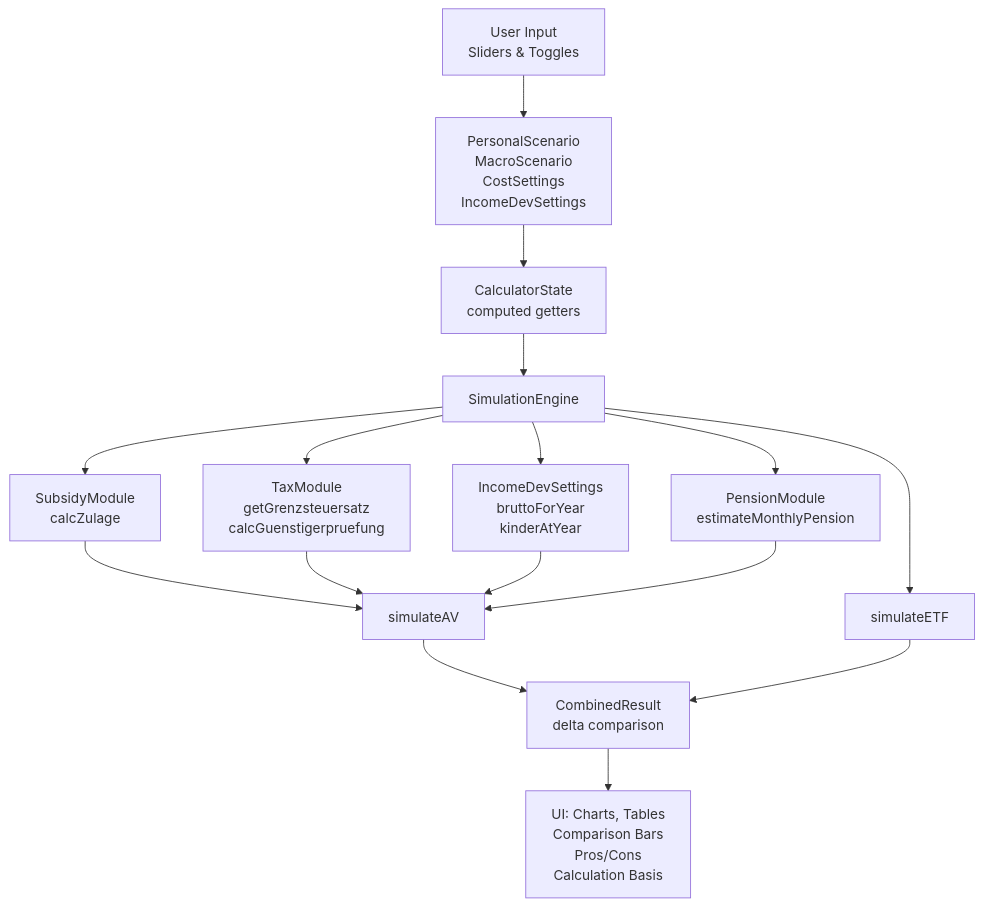
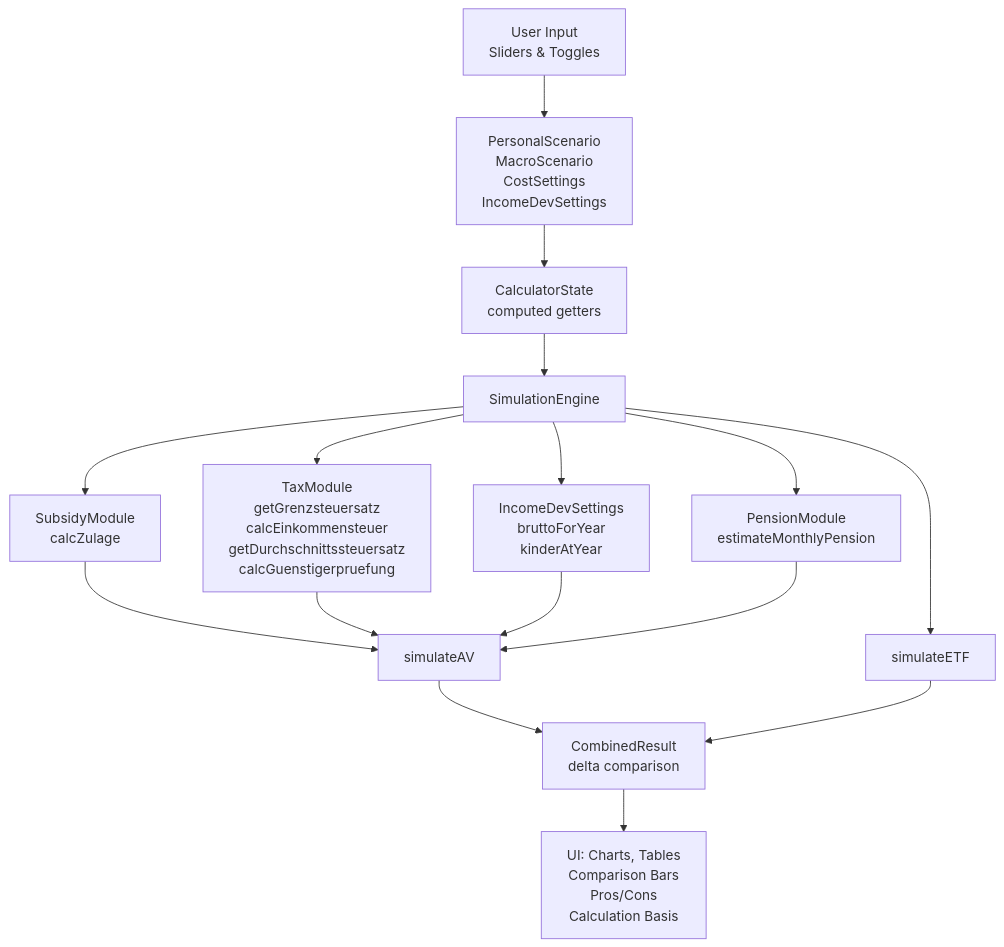
Before and after one commit to chraig/de_altersvorsorge_depot: the first of 4 diagrams in docs/CALCULATION_MAP.md, drawn with Mermaid. The commit also changed other lines of this file and 15 other files, not shown here.

````diff
--- a/docs/CALCULATION_MAP.md
+++ b/docs/CALCULATION_MAP.md
@@ -7,18 +7,18 @@
 ```mermaid
 flowchart TD
     A[User Input<br/>Sliders & Toggles] --> B[PersonalScenario<br/>MacroScenario<br/>CostSettings<br/>IncomeDevSettings]
     B --> C[CalculatorState<br/>computed getters]
     C --> D[SimulationEngine]
     D --> E[SubsidyModule<br/>calcZulage]
-    D --> F[TaxModule<br/>getGrenzsteuersatz<br/>calcGuenstigerpruefung]
+    D --> F[TaxModule<br/>getGrenzsteuersatz<br/>calcEinkommensteuer<br/>getDurchschnittssteuersatz<br/>calcGuenstigerpruefung]
     D --> G[IncomeDevSettings<br/>bruttoForYear<br/>kinderAtYear]
     D --> H[PensionModule<br/>estimateMonthlyPension]
     E --> I[simulateAV]
     F --> I
     G --> I
     H --> I
     D --> J[simulateETF]
     I --> K[CombinedResult<br/>delta comparison]
     J --> K
     K --> L[UI: Charts, Tables<br/>Comparison Bars<br/>Pros/Cons<br/>Calculation Basis]
 ```
````
